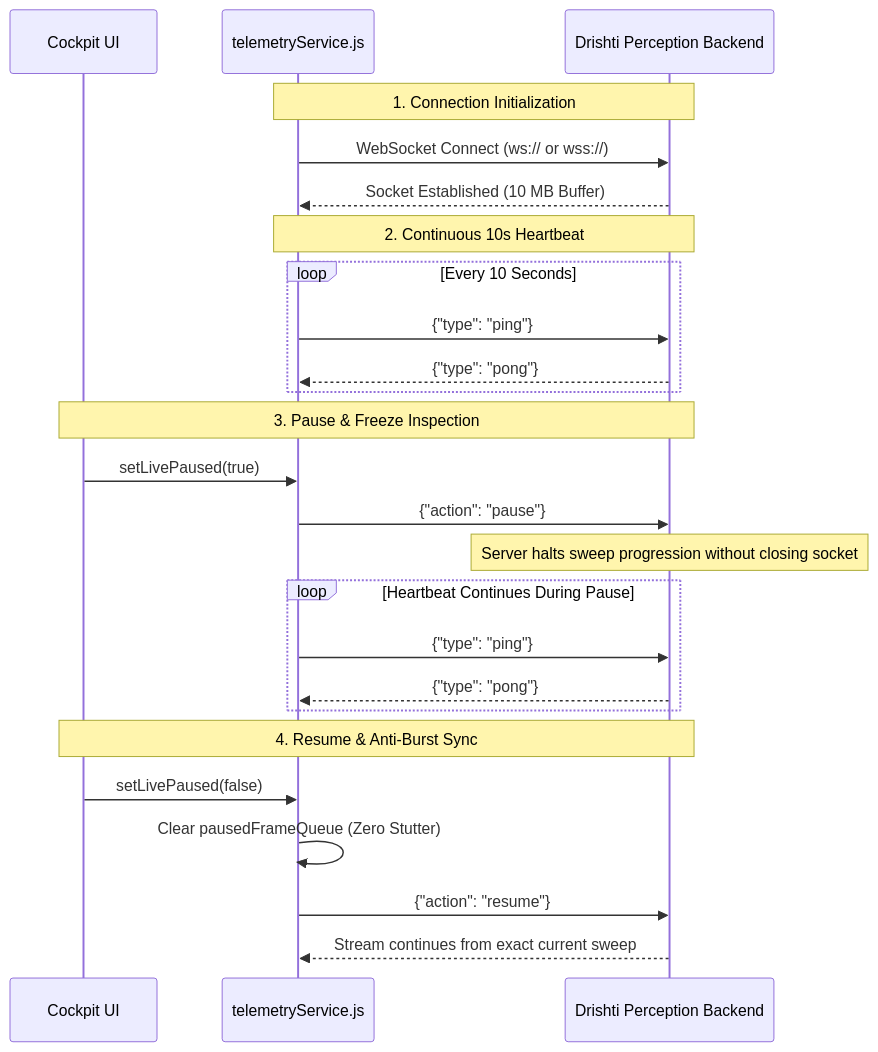
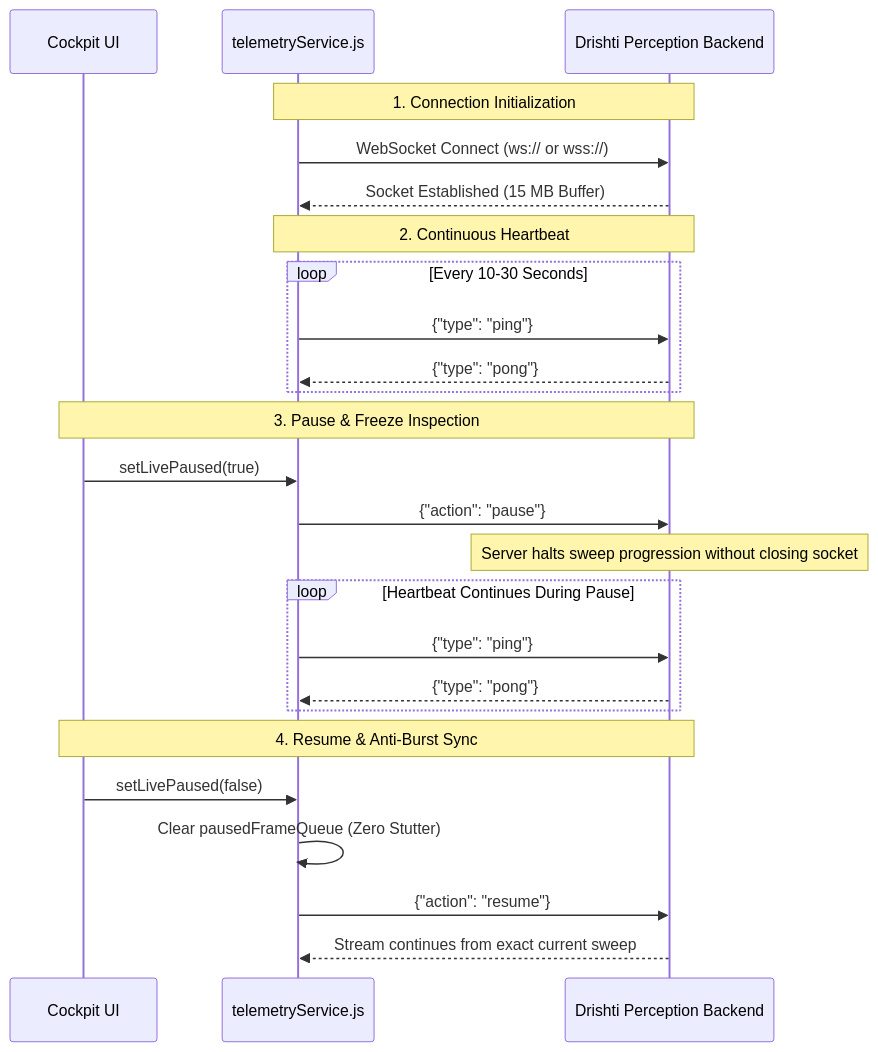
The diagram in Frontend/README.md (Hardik1036/2.5D-LiDar-Adaptive-Mapping), drawn with Mermaid before and after one commit. The commit also changed other lines of this file and 6 other files, not shown here.

````diff
--- a/Frontend/README.md
+++ b/Frontend/README.md
@@ -101,31 +93,31 @@
 ```mermaid
 sequenceDiagram
     participant UI as Cockpit UI
     participant Service as telemetryService.js
     participant Server as Drishti Perception Backend
 
     Note over Service,Server: 1. Connection Initialization
     Service->>Server: WebSocket Connect (ws:// or wss://)
-    Server-->>Service: Socket Established (10 MB Buffer)
+    Server-->>Service: Socket Established (15 MB Buffer)
 
-    Note over Service,Server: 2. Continuous 10s Heartbeat
-    loop Every 10 Seconds
+    Note over Service,Server: 2. Continuous Heartbeat
+    loop Every 10-30 Seconds
         Service->>Server: {"type": "ping"}
         Server-->>Service: {"type": "pong"}
     end
 
     Note over UI,Server: 3. Pause & Freeze Inspection
     UI->>Service: setLivePaused(true)
     Service->>Server: {"action": "pause"}
     Note over Server: Server halts sweep progression without closing socket
     loop Heartbeat Continues During Pause
         Service->>Server: {"type": "ping"}
         Server-->>Service: {"type": "pong"}
     end
 
     Note over UI,Server: 4. Resume & Anti-Burst Sync
     UI->>Service: setLivePaused(false)
     Service->>Service: Clear pausedFrameQueue (Zero Stutter)
     Service->>Server: {"action": "resume"}
     Server-->>Service: Stream continues from exact current sweep
 ```
````
